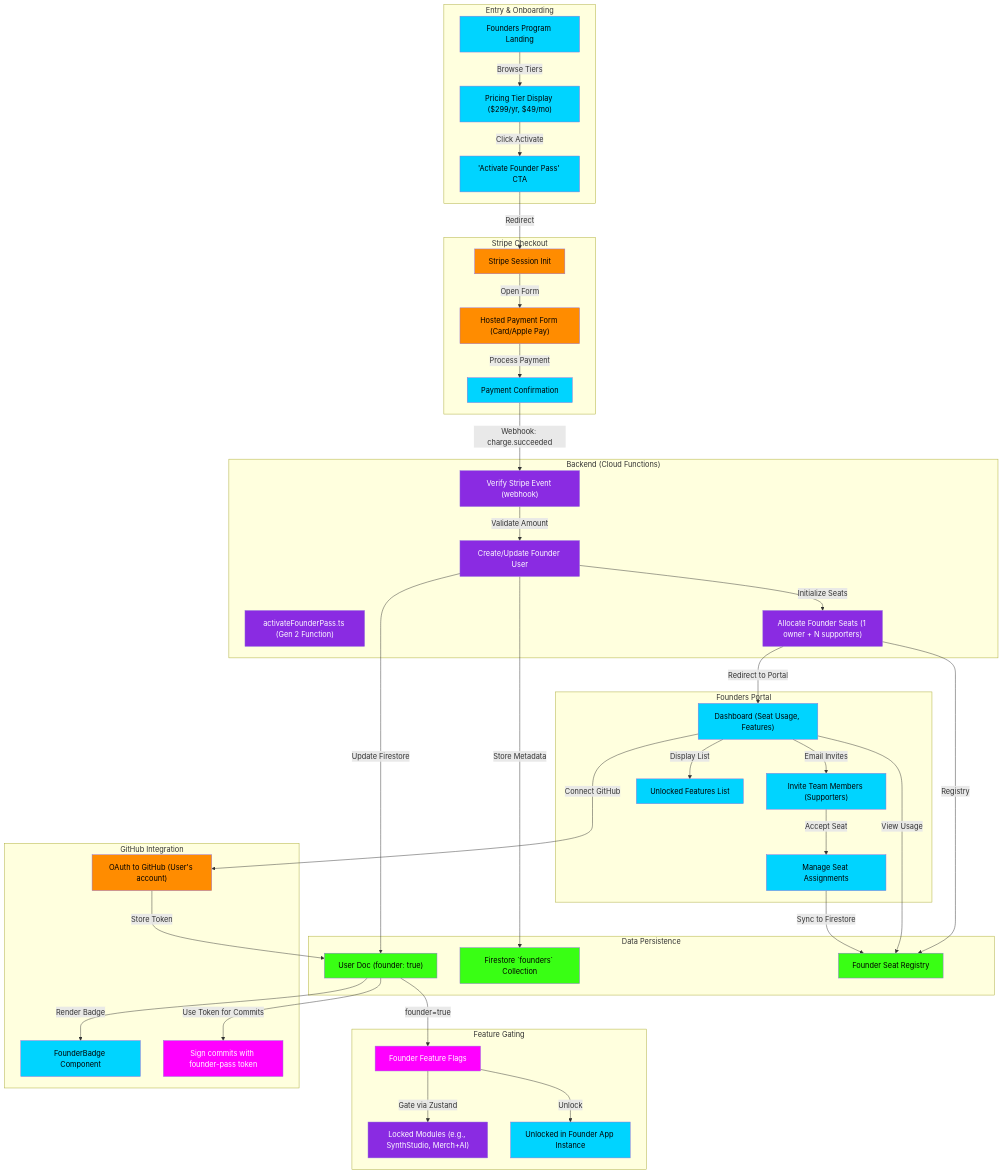
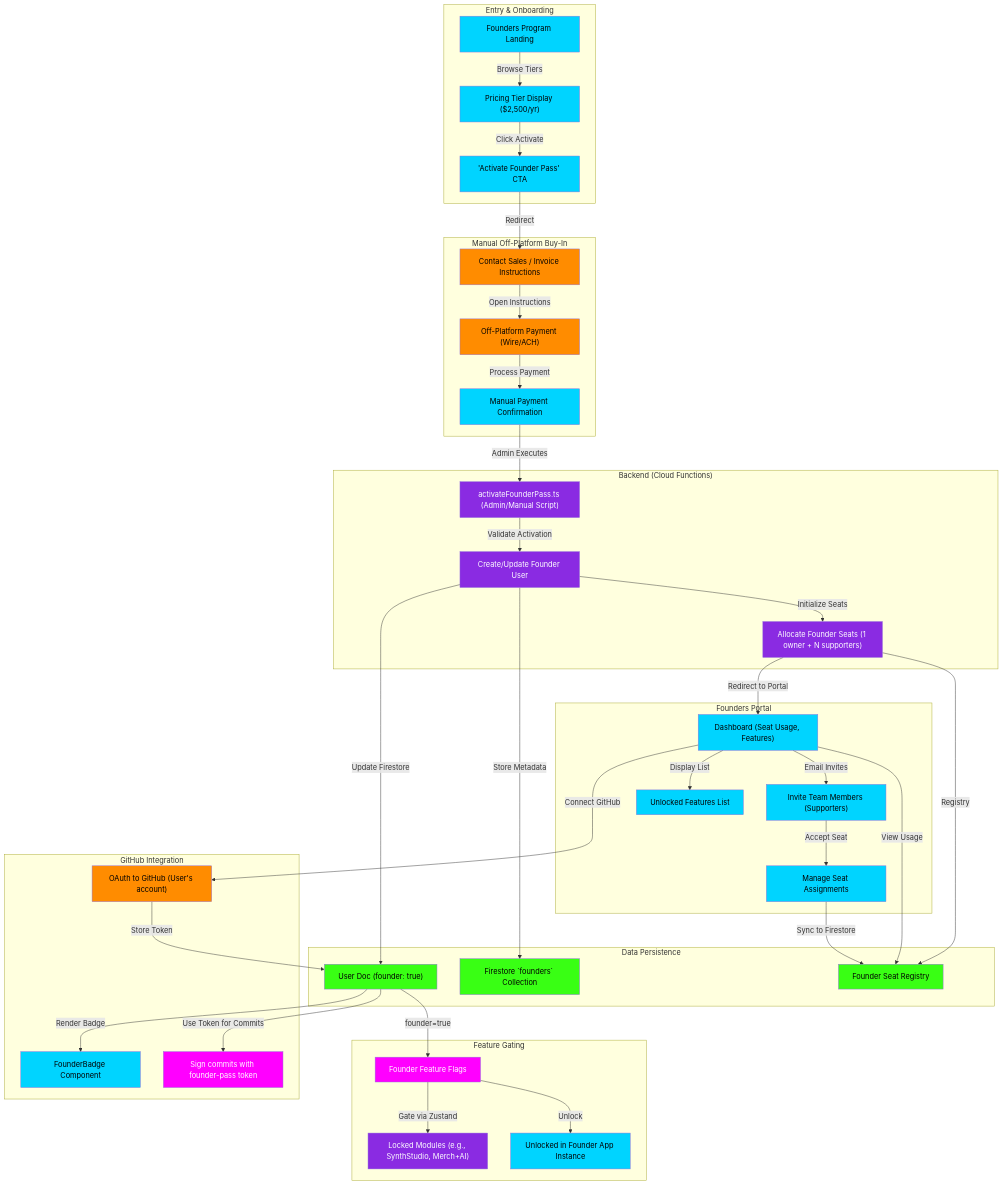
One commit to indii-music-founder/indii-music-founder changed the diagram in docs/flowcharts/founders-checkout-portal.md. Above: the diagram before and after it, drawn with Mermaid. The commit also changed other lines of this file and 4 other files, not shown here.

Commit message:
docs(flowcharts): Fix ISSUE-086 flowchart drift for Founder checkout and mobile remote

```diff
--- a/docs/flowcharts/founders-checkout-portal.md
+++ b/docs/flowcharts/founders-checkout-portal.md
@@ -7,21 +7,20 @@
     %% Landing
     subgraph Entry ["Entry & Onboarding"]
         FoundersLanding["Founders Program Landing"]
-        PricingDisplay["Pricing Tier Display ($299/yr, $49/mo)"]
+        PricingDisplay["Pricing Tier Display ($2,500/yr)"]
         CTAButton["'Activate Founder Pass' CTA"]
     end
 
     %% Checkout
-    subgraph Checkout ["Stripe Checkout"]
-        StripeSession["Stripe Session Init"]
-        PaymentForm["Hosted Payment Form (Card/Apple Pay)"]
-        Confirmation["Payment Confirmation"]
+    subgraph Checkout ["Manual Off-Platform Buy-In"]
+        ManualContact["Contact Sales / Invoice Instructions"]
+        PaymentForm["Off-Platform Payment (Wire/ACH)"]
+        Confirmation["Manual Payment Confirmation"]
     end
 
     %% Backend Processing
     subgraph Backend ["Backend (Cloud Functions)"]
-        FounderPass["activateFounderPass.ts (Gen 2 Function)"]
-        VerifyPayment["Verify Stripe Event (webhook)"]
+        FounderPass["activateFounderPass.ts (Admin/Manual Script)"]
         CreateUser["Create/Update Founder User"]
         SeatAllocation["Allocate Founder Seats (1 owner + N supporters)"]
     end
@@ -58,12 +57,12 @@
     %% Flow
     FoundersLanding -->|"Browse Tiers"| PricingDisplay
     PricingDisplay -->|"Click Activate"| CTAButton
-    CTAButton -->|"Redirect"| StripeSession
-    StripeSession -->|"Open Form"| PaymentForm
+    CTAButton -->|"Redirect"| ManualContact
+    ManualContact -->|"Open Instructions"| PaymentForm
     PaymentForm -->|"Process Payment"| Confirmation
     
-    Confirmation -->|"Webhook: charge.succeeded"| VerifyPayment
-    VerifyPayment -->|"Validate Amount"| CreateUser
+    Confirmation -->|"Admin Executes"| FounderPass
+    FounderPass -->|"Validate Activation"| CreateUser
     CreateUser -->|"Update Firestore"| UserDoc
     CreateUser -->|"Store Metadata"| FoundersCollection
     CreateUser -->|"Initialize Seats"| SeatAllocation
@@ -90,12 +89,11 @@
     style PricingDisplay fill:#00D4FF,color:#000
     style CTAButton fill:#00D4FF,color:#000
 
-    style StripeSession fill:#FF8C00,color:#000
+    style ManualContact fill:#FF8C00,color:#000
     style PaymentForm fill:#FF8C00,color:#000
     style Confirmation fill:#00D4FF,color:#000
 
     style FounderPass fill:#8A2BE2,color:#FFF
-    style VerifyPayment fill:#8A2BE2,color:#FFF
     style CreateUser fill:#8A2BE2,color:#FFF
     style SeatAllocation fill:#8A2BE2,color:#FFF
 
```
